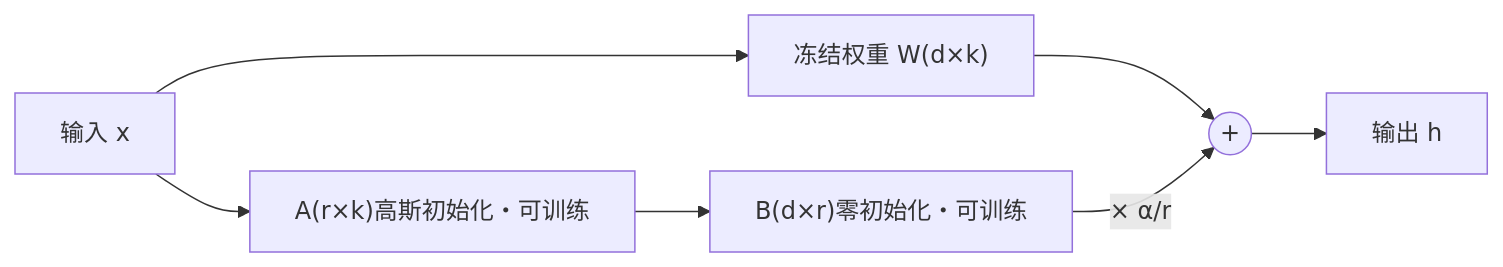
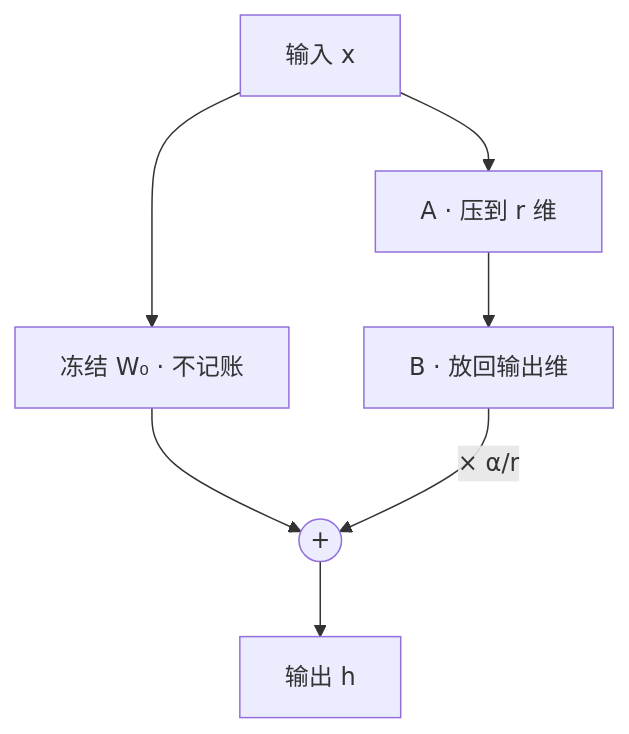
One commit to ChaoyuWang04/MockInterview changed the diagram in knowledge/02-预训练与微调/LoRA.md. Above: the diagram before and after it, drawn with Mermaid. The commit also changed other lines of this file and 6 other files, not shown here.

````diff
--- a/knowledge/02-预训练与微调/LoRA.md
+++ b/knowledge/02-预训练与微调/LoRA.md
@@ -36,9 +21,9 @@
 ```mermaid
-flowchart LR
-    X[输入 x] --> W["冻结权重 W(d×k)"]
-    X --> A["A(r×k)高斯初始化・可训练"]
-    A --> B["B(d×r)零初始化・可训练"]
+flowchart TD
+    X[输入 x] --> W["冻结 W₀ · 不记账"]
+    X --> A["A · 压到 r 维"]
+    A --> B["B · 放回输出维"]
     W --> S(("+"))
     B -- "× α/r" --> S
     S --> H[输出 h]
 ```
````
